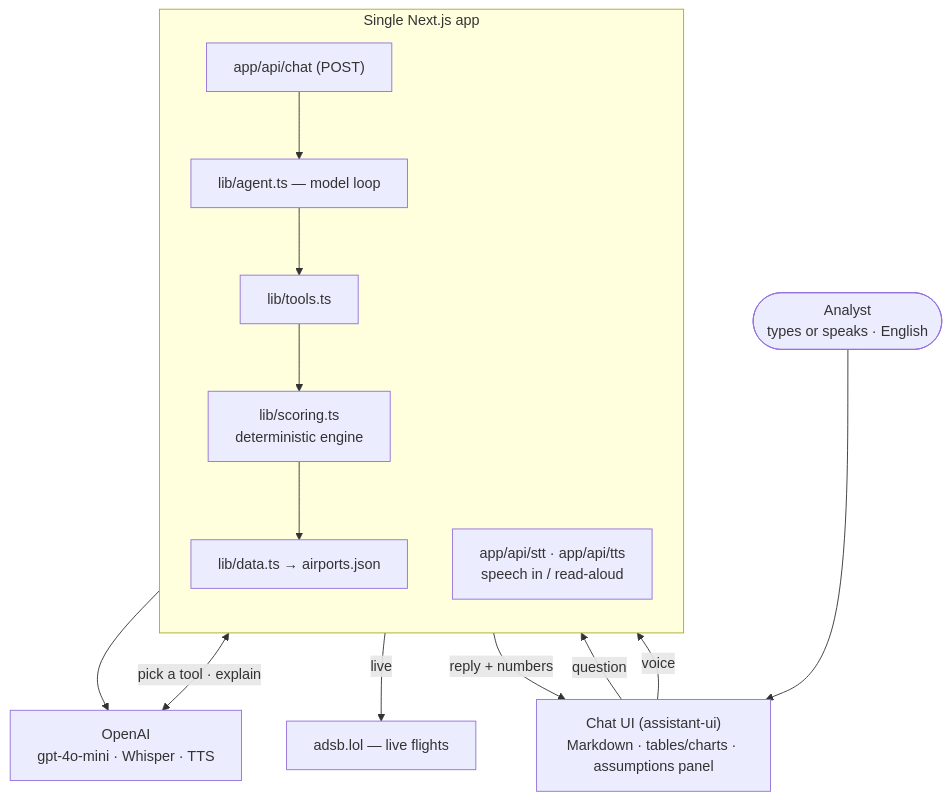
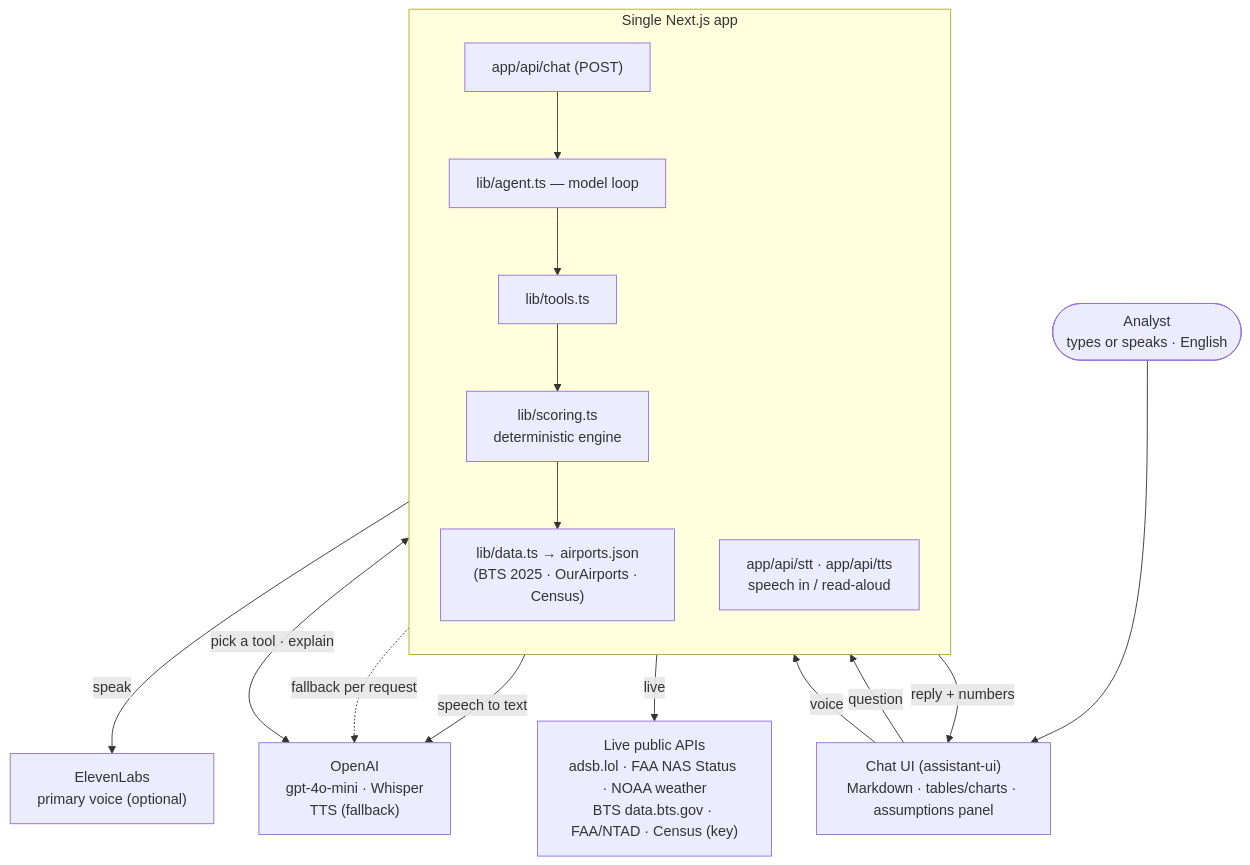
One commit to danieltesler/Airport-Demo changed the diagram in docs/DESIGN.md. Above: the diagram before and after it, drawn with Mermaid. The commit also changed other lines of this file and 154 other files, not shown here.

First line of the commit message:
Real BTS data, Census geography, route and live tools, conversational voice

````diff
--- a/docs/DESIGN.md
+++ b/docs/DESIGN.md
@@ -37,27 +37,31 @@
 ```mermaid
 flowchart TD
     U(["Analyst<br/>types or speaks · English"])
     UI["Chat UI (assistant-ui)<br/>Markdown · tables/charts · assumptions panel"]
 
     subgraph NEXT["Single Next.js app"]
         direction TB
         CHAT["app/api/chat (POST)"]
         VOICE["app/api/stt · app/api/tts<br/>speech in / read-aloud"]
         AGENT["lib/agent.ts — model loop"]
         TOOLS["lib/tools.ts"]
         ENGINE["lib/scoring.ts<br/>deterministic engine"]
-        DATA["lib/data.ts → airports.json"]
+        DATA["lib/data.ts → airports.json<br/>(BTS 2025 · OurAirports · Census)"]
     end
 
-    OPENAI["OpenAI<br/>gpt-4o-mini · Whisper · TTS"]
-    ADSB["adsb.lol — live flights"]
+    OPENAI["OpenAI<br/>gpt-4o-mini · Whisper<br/>TTS (fallback)"]
+    ELEVEN["ElevenLabs<br/>primary voice (optional)"]
+    LIVE["Live public APIs<br/>adsb.lol · FAA NAS Status · NOAA weather<br/>BTS data.bts.gov · FAA/NTAD · Census (key)"]
 
     U --> UI
     UI -->|question| CHAT --> AGENT
-    UI -->|voice| VOICE --> OPENAI
+    UI -->|voice| VOICE
+    VOICE -->|speech to text| OPENAI
+    VOICE -->|speak| ELEVEN
+    VOICE -.->|fallback per request| OPENAI
     AGENT <-->|pick a tool · explain| OPENAI
     AGENT --> TOOLS
     TOOLS --> ENGINE --> DATA
-    TOOLS -->|live| ADSB
+    TOOLS -->|live| LIVE
     CHAT -->|reply + numbers| UI
 ```
````
